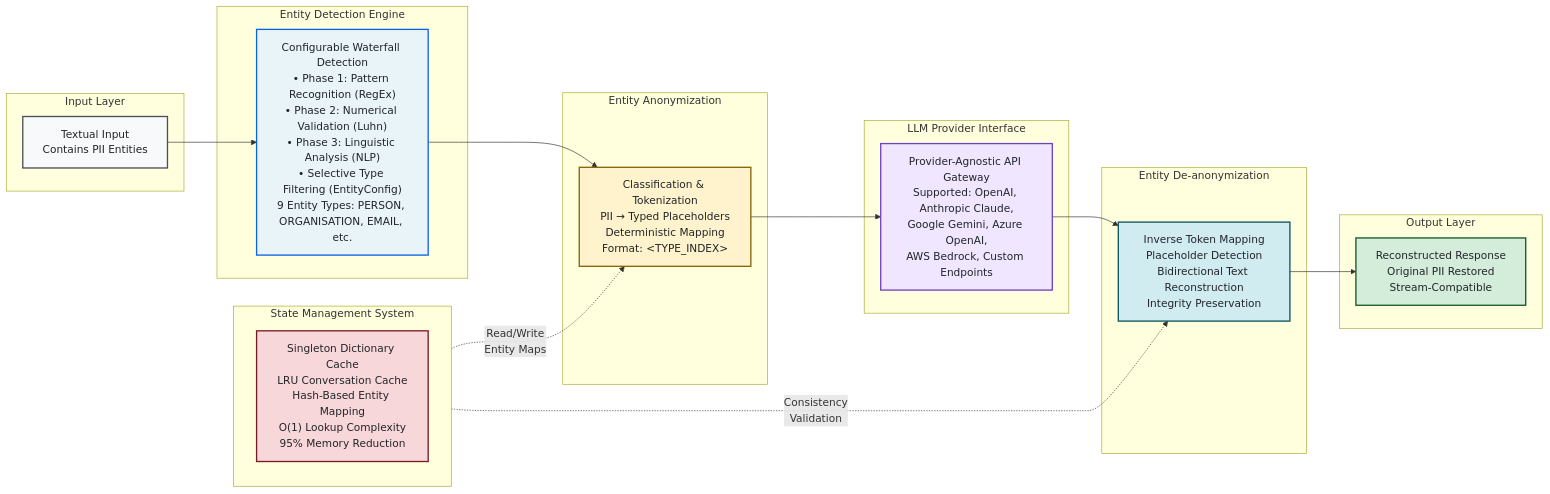
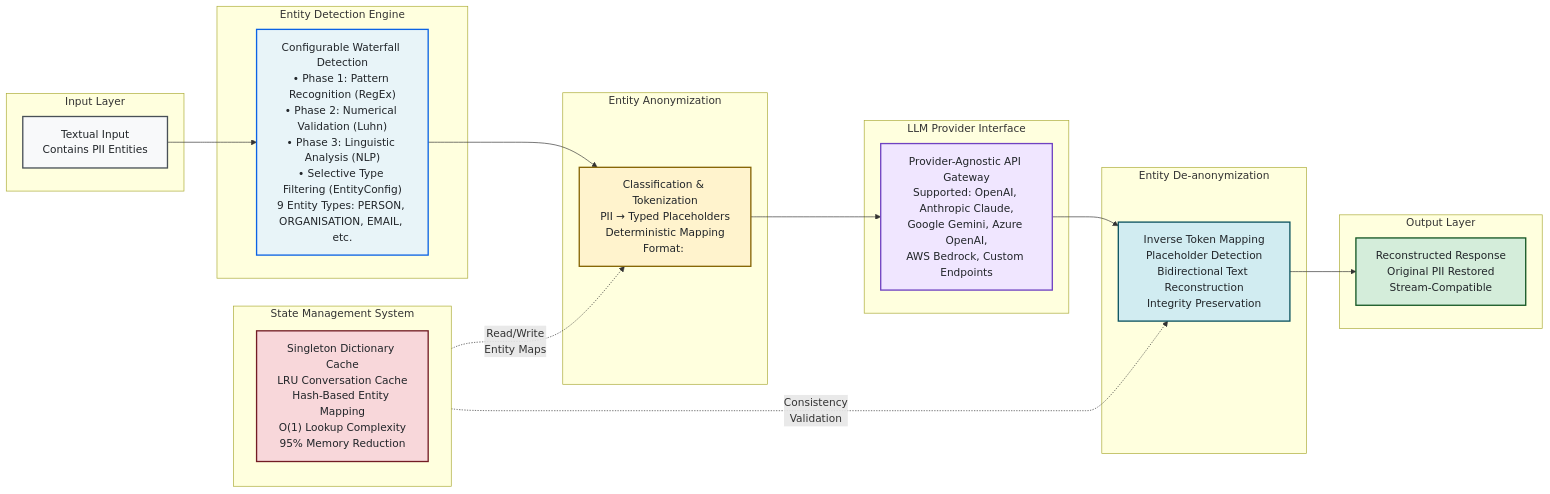
The second of 4 diagrams in README.md (brainpolo/llmshield), drawn with Mermaid before and after one commit. The commit also changed other lines of this file and 11 other files, not shown here.

````diff
--- a/README.md
+++ b/README.md
@@ -65,58 +149,58 @@
 ```mermaid
 graph LR
     subgraph Input ["Input Layer"]
         A["Textual Input<br/>Contains PII Entities"]
     end
 
     subgraph Detection ["Entity Detection Engine"]
         B["Configurable Waterfall Detection<br/>• Phase 1: Pattern Recognition (RegEx)<br/>• Phase 2: Numerical Validation (Luhn)<br/>• Phase 3: Linguistic Analysis (NLP)<br/>• Selective Type Filtering (EntityConfig)<br/>9 Entity Types: PERSON, ORGANISATION, EMAIL, etc."]
     end
 
     subgraph Cloaking ["Entity Anonymization"]
-        C["Classification & Tokenization<br/>PII → Typed Placeholders<br/>Deterministic Mapping<br/>Format: &lt;TYPE_INDEX&gt;"]
+        C["Classification & Tokenization<br/>PII → Typed Placeholders<br/>Deterministic Mapping<br/>Format: <TYPE_INDEX>"]
     end
 
     subgraph Provider ["LLM Provider Interface"]
         D["Provider-Agnostic API Gateway<br/>Supported: OpenAI, Anthropic Claude,<br/>Google Gemini, Azure OpenAI,<br/>AWS Bedrock, Custom Endpoints"]
     end
 
     subgraph Restoration ["Entity De-anonymization"]
         E["Inverse Token Mapping<br/>Placeholder Detection<br/>Bidirectional Text Reconstruction<br/>Integrity Preservation"]
     end
 
     subgraph Output ["Output Layer"]
         F["Reconstructed Response<br/>Original PII Restored<br/>Stream-Compatible"]
     end
 
     subgraph Memory ["State Management System"]
         G["Singleton Dictionary Cache<br/>LRU Conversation Cache<br/>Hash-Based Entity Mapping<br/>O(1) Lookup Complexity<br/>95% Memory Reduction"]
     end
 
     %% Primary data flow
     A --> B
     B --> C
     C --> D
     D --> E
     E --> F
 
     %% State management interactions
     Memory -.->|"Read/Write<br/>Entity Maps"| C
     Memory -.->|"Consistency<br/>Validation"| E
 
     %% Styling
     classDef inputStyle fill:#f8f9fa,stroke:#495057,stroke-width:2px,color:#212529
     classDef detectionStyle fill:#e8f4f8,stroke:#0c63e4,stroke-width:2px,color:#212529
     classDef cloakingStyle fill:#fff3cd,stroke:#856404,stroke-width:2px,color:#212529
     classDef providerStyle fill:#f0e6ff,stroke:#6f42c1,stroke-width:2px,color:#212529
     classDef restorationStyle fill:#d1ecf1,stroke:#0c5460,stroke-width:2px,color:#212529
     classDef outputStyle fill:#d4edda,stroke:#155724,stroke-width:2px,color:#212529
     classDef memoryStyle fill:#f8d7da,stroke:#721c24,stroke-width:2px,color:#212529
 
     class A inputStyle
     class B detectionStyle
     class C cloakingStyle
     class D providerStyle
     class E restorationStyle
     class F outputStyle
     class G memoryStyle
 ```
````
